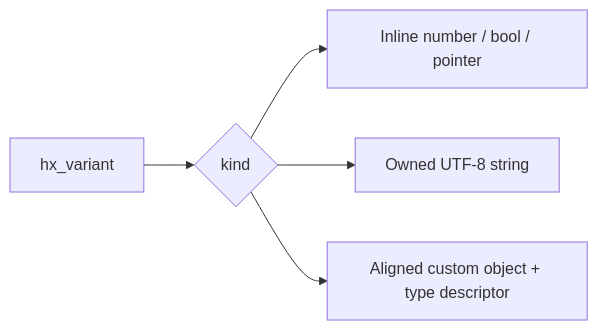
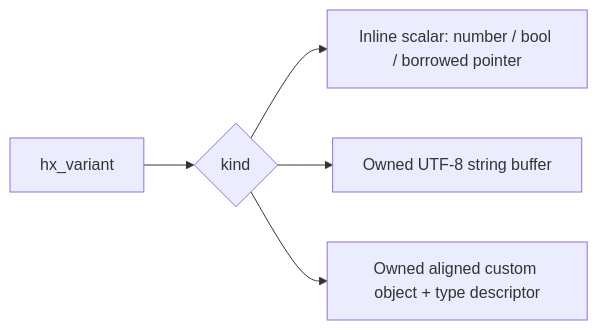
Before and after one commit to HuangX666/hx_c_platform: the diagram in docs/VARIANT.md, drawn with Mermaid. The commit also changed other lines of this file and 135 other files, not shown here.

````diff
--- a/docs/VARIANT.md
+++ b/docs/VARIANT.md
@@ -41,7 +48,7 @@
 ```mermaid
 flowchart LR
     A["hx_variant"] --> B{"kind"}
-    B --> C["Inline number / bool / pointer"]
-    B --> D["Owned UTF-8 string"]
-    B --> E["Aligned custom object + type descriptor"]
+    B --> C["Inline scalar: number / bool / borrowed pointer"]
+    B --> D["Owned UTF-8 string buffer"]
+    B --> E["Owned aligned custom object + type descriptor"]
 ```
````
